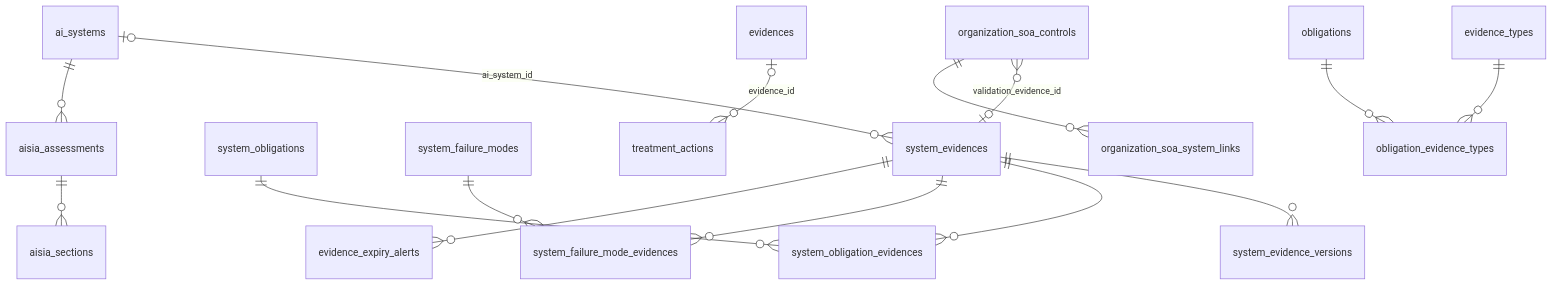
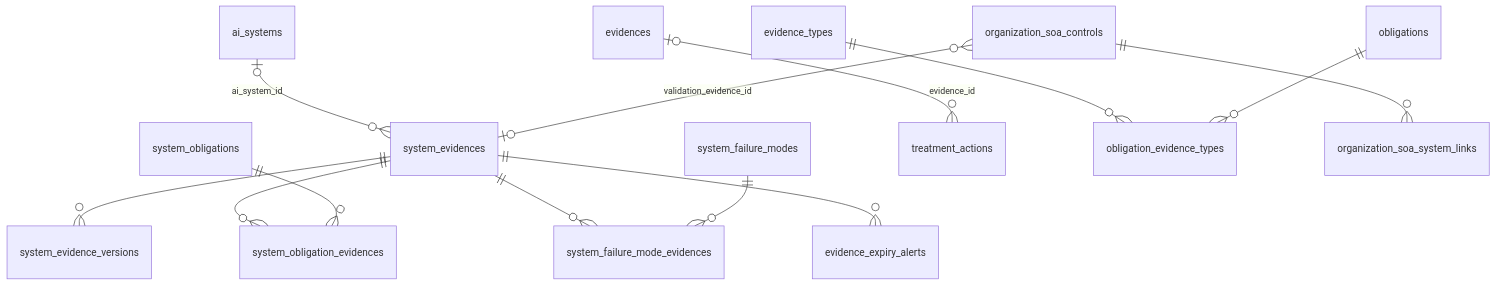
Before and after one commit to albarracingarciap/fluxion-saas: the fourth of 5 diagrams in docs/tecnica/modelo-datos.md, drawn with Mermaid. The commit also changed other lines of this file and 19 other files, not shown here.

````diff
--- a/docs/tecnica/modelo-datos.md
+++ b/docs/tecnica/modelo-datos.md
@@ -278,17 +279,15 @@
 ```mermaid
 erDiagram
   ai_systems |o--o{ system_evidences : "ai_system_id"
   system_evidences ||--o{ system_evidence_versions : ""
   system_evidences ||--o{ system_obligation_evidences : ""
   system_obligations ||--o{ system_obligation_evidences : ""
   system_evidences ||--o{ system_failure_mode_evidences : ""
   system_failure_modes ||--o{ system_failure_mode_evidences : ""
   system_evidences ||--o{ evidence_expiry_alerts : ""
   evidences |o--o{ treatment_actions : "evidence_id"
   evidence_types ||--o{ obligation_evidence_types : ""
   obligations ||--o{ obligation_evidence_types : ""
   organization_soa_controls }o--o| system_evidences : "validation_evidence_id"
   organization_soa_controls ||--o{ organization_soa_system_links : ""
-  ai_systems ||--o{ aisia_assessments : ""
-  aisia_assessments ||--o{ aisia_sections : ""
 ```
````
